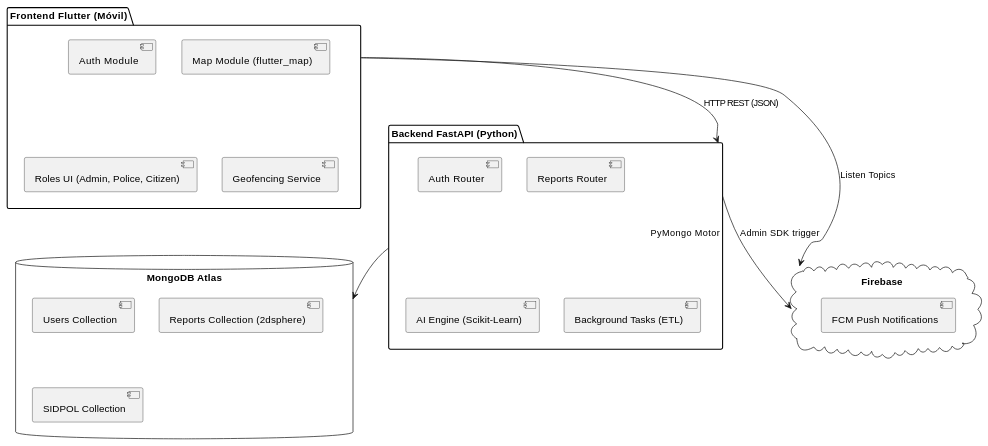
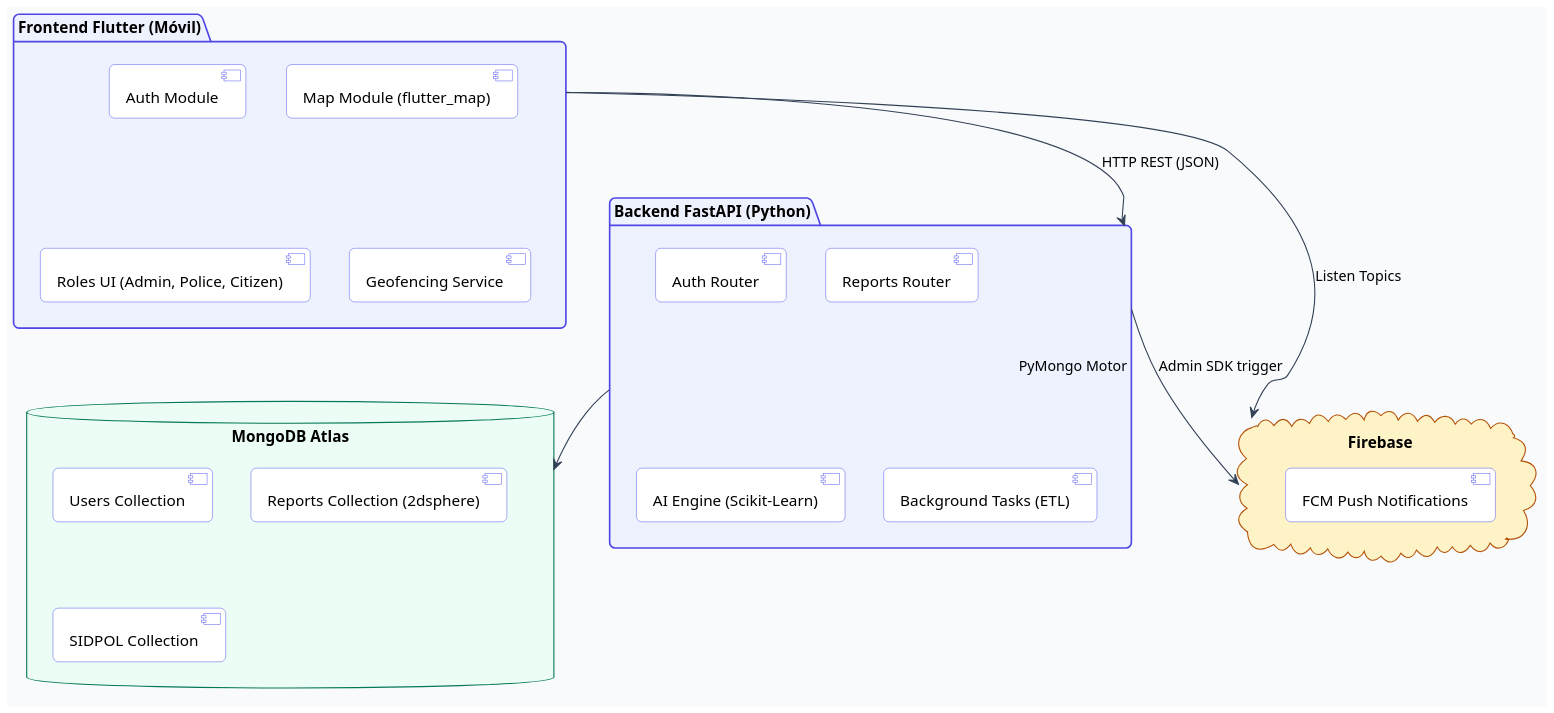
One commit to pieroalexanderppc/sgeo_pp changed the fourth of 8 diagrams in docs/FD03-EPIS-Informe SRS de Proyecto.md. Above: the diagram before and after it, drawn with PlantUML. The commit also changed other lines of this file and 15 other files, not shown here.

````diff
--- a/docs/FD03-EPIS-Informe SRS de Proyecto.md
+++ b/docs/FD03-EPIS-Informe SRS de Proyecto.md
@@ -202,32 +232,47 @@
 ```plantuml
 @startuml
+skinparam shadowing false
+skinparam roundcorner 10
+skinparam dpi 150
+skinparam defaultFontName Segoe UI
+skinparam backgroundColor #F8FAFC
+skinparam ArrowColor #334155
+skinparam PackageBackgroundColor #EEF2FF
+skinparam PackageBorderColor #4F46E5
+skinparam ComponentBackgroundColor #FFFFFF
+skinparam ComponentBorderColor #6366F1
+skinparam DatabaseBackgroundColor #ECFDF5
+skinparam DatabaseBorderColor #047857
+skinparam CloudBackgroundColor #FEF3C7
+skinparam CloudBorderColor #B45309
+
 package "Frontend Flutter (Móvil)" {
   [Auth Module]
   [Map Module (flutter_map)]
   [Roles UI (Admin, Police, Citizen)]
   [Geofencing Service]
 }
 
 package "Backend FastAPI (Python)" {
   [Auth Router]
   [Reports Router]
   [AI Engine (Scikit-Learn)]
   [Background Tasks (ETL)]
 }
 
 database "MongoDB Atlas" {
   [Users Collection]
   [Reports Collection (2dsphere)]
   [SIDPOL Collection]
 }
 
 cloud "Firebase" {
   [FCM Push Notifications]
 }
 
 [Frontend Flutter (Móvil)] --> [Backend FastAPI (Python)] : HTTP REST (JSON)
 [Frontend Flutter (Móvil)] --> [Firebase] : Listen Topics
 [Backend FastAPI (Python)] --> [MongoDB Atlas] : PyMongo Motor
 [Backend FastAPI (Python)] --> [Firebase] : Admin SDK trigger
 @enduml
 ```
````
